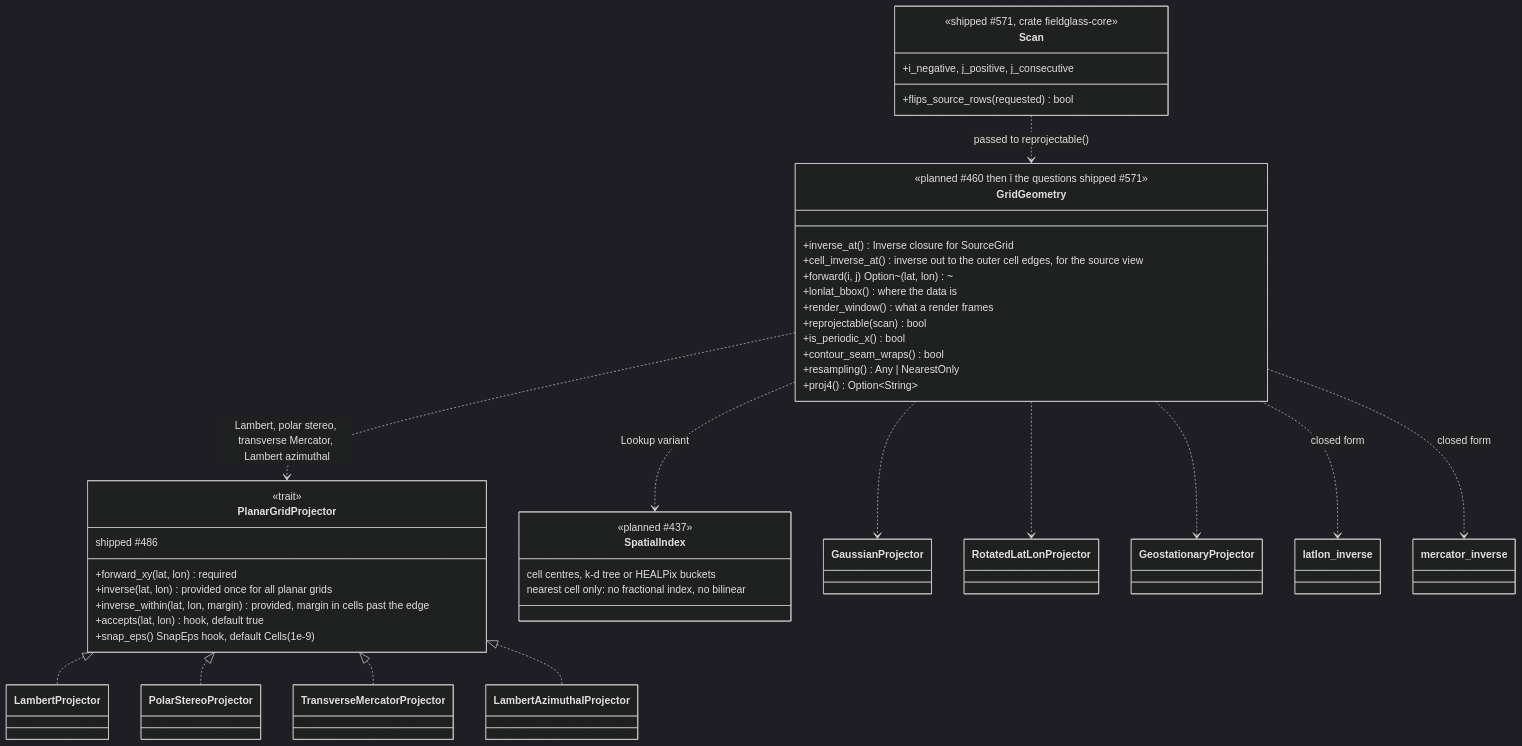
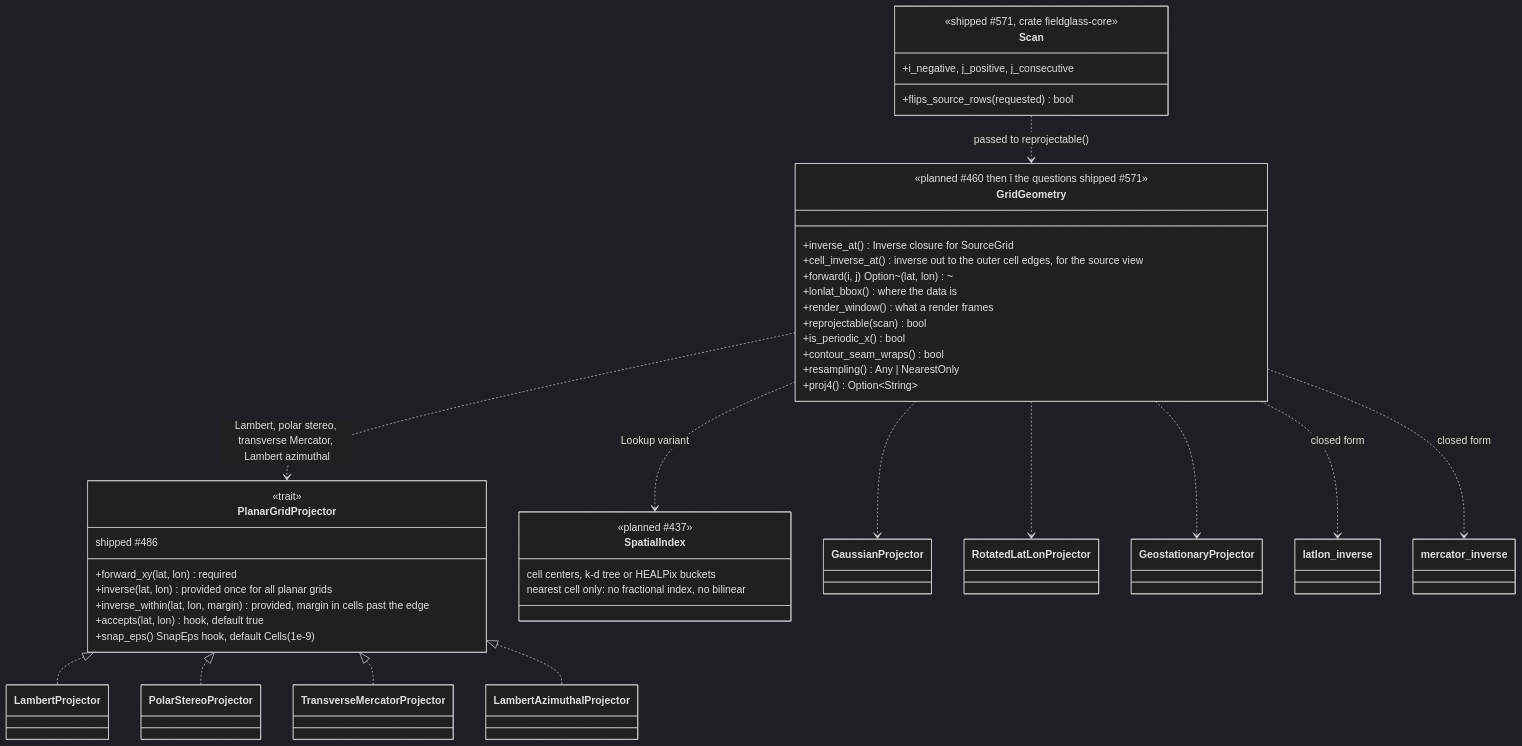
The first of 6 diagrams in docs/architecture/planned/02-trait-seams.md (D0ubleD0uble/fieldglass), drawn with Mermaid (dark theme) before and after one commit. The commit also changed other lines of this file and 384 other files, not shown here.

````diff
--- a/docs/architecture/planned/02-trait-seams.md
+++ b/docs/architecture/planned/02-trait-seams.md
@@ -19,48 +19,48 @@
 ```mermaid
 classDiagram
     class GridGeometry {
         <<planned #460 then #464; the questions shipped #571>>
         +inverse_at() Inverse closure for SourceGrid
         +cell_inverse_at() inverse out to the outer cell edges, for the source view
         +forward(i, j) Option~(lat, lon)~
         +lonlat_bbox() where the data is
         +render_window() what a render frames
         +reprojectable(scan) bool
         +is_periodic_x() bool
         +contour_seam_wraps() bool
         +resampling() Any | NearestOnly
         +proj4() Option~String~
     }
     class Scan {
         <<shipped #571, crate fieldglass-core>>
         +i_negative, j_positive, j_consecutive
         +flips_source_rows(requested) bool
     }
     Scan ..> GridGeometry : passed to reprojectable()
     class PlanarGridProjector {
         <<trait>>
         shipped #486
         +forward_xy(lat, lon) required
         +inverse(lat, lon) provided once for all planar grids
         +inverse_within(lat, lon, margin) provided, margin in cells past the edge
         +accepts(lat, lon) hook, default true
         +snap_eps() SnapEps hook, default Cells(1e-9)
     }
     class SpatialIndex {
         <<planned #437>>
-        cell centres, k-d tree or HEALPix buckets
+        cell centers, k-d tree or HEALPix buckets
         nearest cell only: no fractional index, no bilinear
     }
 
     GridGeometry ..> PlanarGridProjector : Lambert, polar stereo, transverse Mercator, Lambert azimuthal
     GridGeometry ..> GaussianProjector
     GridGeometry ..> RotatedLatLonProjector
     GridGeometry ..> GeostationaryProjector
     GridGeometry ..> latlon_inverse : closed form
     GridGeometry ..> mercator_inverse : closed form
     GridGeometry ..> SpatialIndex : Lookup variant
     PlanarGridProjector <|.. LambertProjector
     PlanarGridProjector <|.. PolarStereoProjector
     PlanarGridProjector <|.. TransverseMercatorProjector
     PlanarGridProjector <|.. LambertAzimuthalProjector
 ```
````
